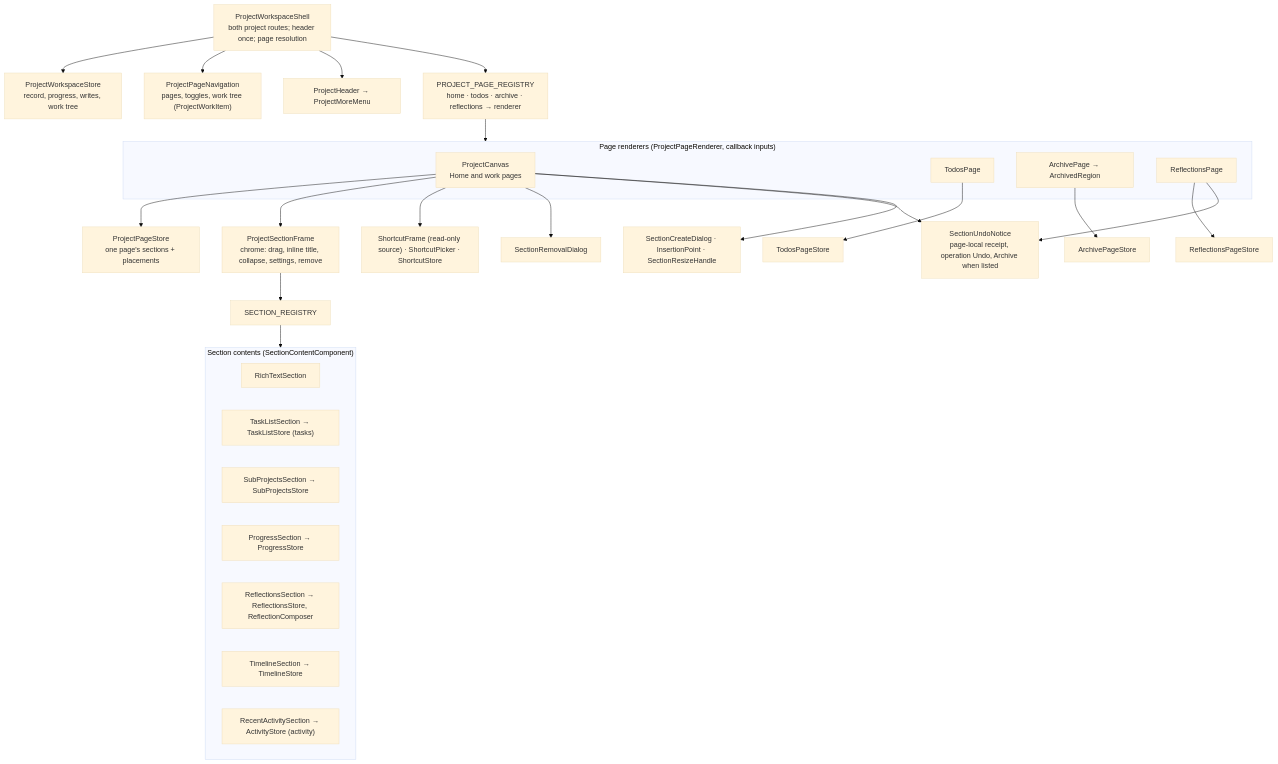
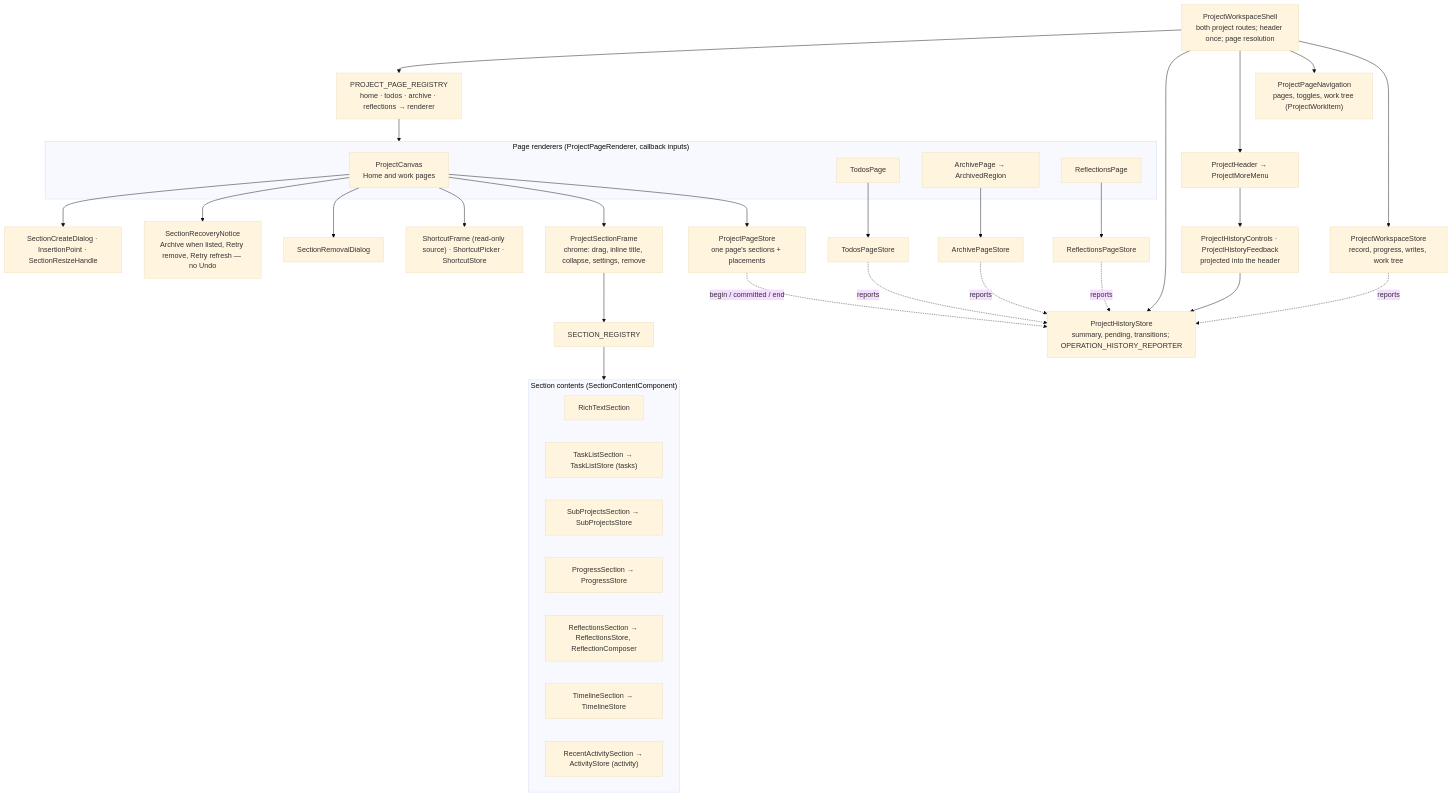
Before and after one commit to CalciteDragon/Canvas-work-manager-prototype: the first of 2 diagrams in docs/architecture/web/projects/what.md, drawn with Mermaid (base theme). The commit also changed other lines of this file and 24 other files, not shown here.

First line of the commit message:
test(e2e): drive Undo and Redo through the project header (Slice 41, §§26, 31, 69)

````diff
--- a/docs/architecture/web/projects/what.md
+++ b/docs/architecture/web/projects/what.md
@@ -5,47 +5,55 @@
 ```mermaid
 flowchart TB
   shell["ProjectWorkspaceShell<br/>both project routes; header once; page resolution"]
   wstore["ProjectWorkspaceStore<br/>record, progress, writes, work tree"]
   nav["ProjectPageNavigation<br/>pages, toggles, work tree (ProjectWorkItem)"]
   header["ProjectHeader → ProjectMoreMenu"]
+  hist["ProjectHistoryStore<br/>summary, pending, transitions; OPERATION_HISTORY_REPORTER"]
+  controls["ProjectHistoryControls · ProjectHistoryFeedback<br/>projected into the header"]
   reg["PROJECT_PAGE_REGISTRY<br/>home · todos · archive · reflections → renderer"]
   subgraph renderers["Page renderers (ProjectPageRenderer, callback inputs)"]
     canvas["ProjectCanvas<br/>Home and work pages"]
     todos["TodosPage"]
     archive["ArchivePage → ArchivedRegion"]
     refl["ReflectionsPage"]
   end
   pstore["ProjectPageStore<br/>one page's sections + placements"]
   tstore["TodosPageStore"]
   astore["ArchivePageStore"]
   rstore["ReflectionsPageStore"]
   frame["ProjectSectionFrame<br/>chrome: drag, inline title, collapse, settings, remove"]
   sreg["SECTION_REGISTRY"]
   subgraph sections["Section contents (SectionContentComponent)"]
     rt["RichTextSection"]
     tl["TaskListSection → TaskListStore (tasks)"]
     sp["SubProjectsSection → SubProjectsStore"]
     pg["ProgressSection → ProgressStore"]
     rf["ReflectionsSection → ReflectionsStore, ReflectionComposer"]
     tm["TimelineSection → TimelineStore"]
     ra["RecentActivitySection → ActivityStore (activity)"]
   end
   sc["ShortcutFrame (read-only source) · ShortcutPicker · ShortcutStore"]
   dialog["SectionRemovalDialog"]
-  notice["SectionUndoNotice<br/>page-local receipt, operation Undo, Archive when listed"]
+  notice["SectionRecoveryNotice<br/>Archive when listed, Retry remove, Retry refresh — no Undo"]
   create["SectionCreateDialog · InsertionPoint · SectionResizeHandle"]
   shell --> wstore
   shell --> nav
   shell --> header
+  shell --> hist
+  header --> controls --> hist
+  pstore -. "begin / committed / end" .-> hist
+  tstore -. reports .-> hist
+  astore -. reports .-> hist
+  rstore -. reports .-> hist
+  wstore -. reports .-> hist
   shell --> reg --> renderers
   canvas --> pstore
   todos --> tstore
   archive --> astore
   refl --> rstore
   canvas --> frame --> sreg --> sections
   canvas --> sc
   canvas --> dialog
   canvas --> notice
-  refl --> notice
   canvas --> create
 ```
````
